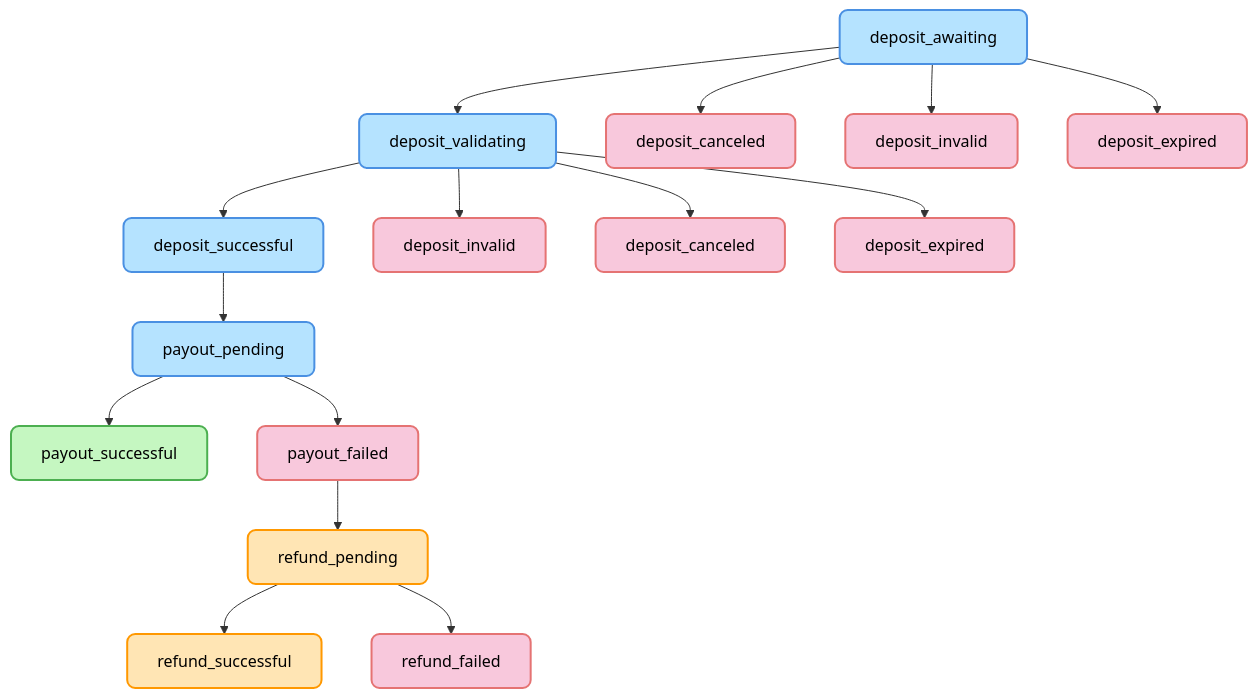
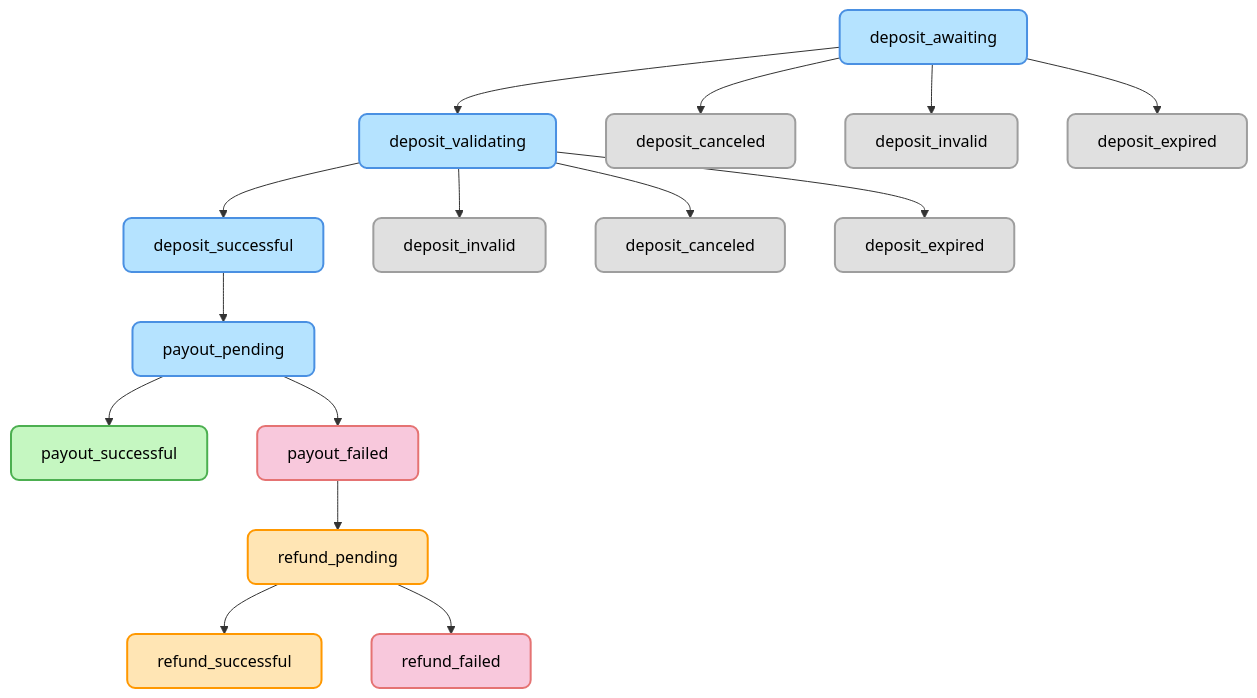
The diagram in api-v2.md (fonbnk/docs), drawn with Mermaid before and after one commit.

Commit message:
make deposit_canceled, deposit_invalid, and deposit_expired nodes grey

````diff
--- a/api-v2.md
+++ b/api-v2.md
@@ -1800,29 +1800,29 @@
 ```mermaid
 flowchart TD
     %% Pastel Styles
     classDef expectedFlow fill:#B5E3FF,stroke:#4A90E2,stroke-width:2px,color:#000,rx:8px,ry:8px
     classDef payout fill:#C5F7C1,stroke:#4CAF50,stroke-width:2px,color:#000,rx:8px,ry:8px
     classDef refund fill:#FFE5B4,stroke:#FF9800,stroke-width:2px,color:#000,rx:8px,ry:8px
     classDef fail fill:#F8C8DC,stroke:#E57373,stroke-width:2px,color:#000,rx:8px,ry:8px
+    classDef terminal fill:#E0E0E0,stroke:#9E9E9E,stroke-width:2px,color:#000,rx:8px,ry:8px
 
     %% Deposit states
     A[deposit_awaiting]:::expectedFlow --> B[deposit_validating]:::expectedFlow
-    A --> E2[deposit_canceled]:::fail
-    A --> D2[deposit_invalid]:::fail
-    A --> F2[deposit_expired]:::fail
+    A --> E2[deposit_canceled]:::terminal
+    A --> D2[deposit_invalid]:::terminal
+    A --> F2[deposit_expired]:::terminal
     B --> C[deposit_successful]:::expectedFlow
-    B --> D[deposit_invalid]:::fail
-    B --> E[deposit_canceled]:::fail
-    B --> F[deposit_expired]:::fail
+    B --> D[deposit_invalid]:::terminal
+    B --> E[deposit_canceled]:::terminal
+    B --> F[deposit_expired]:::terminal
 
     %% Payout states
     C --> G[payout_pending]:::expectedFlow
     G --> H[payout_successful]:::payout
     G --> J[payout_failed]:::fail
 
     %% Refund states
     J --> K[refund_pending]:::refund
     K --> L[refund_successful]:::refund
     K --> M[refund_failed]:::fail
-
 ```
````
